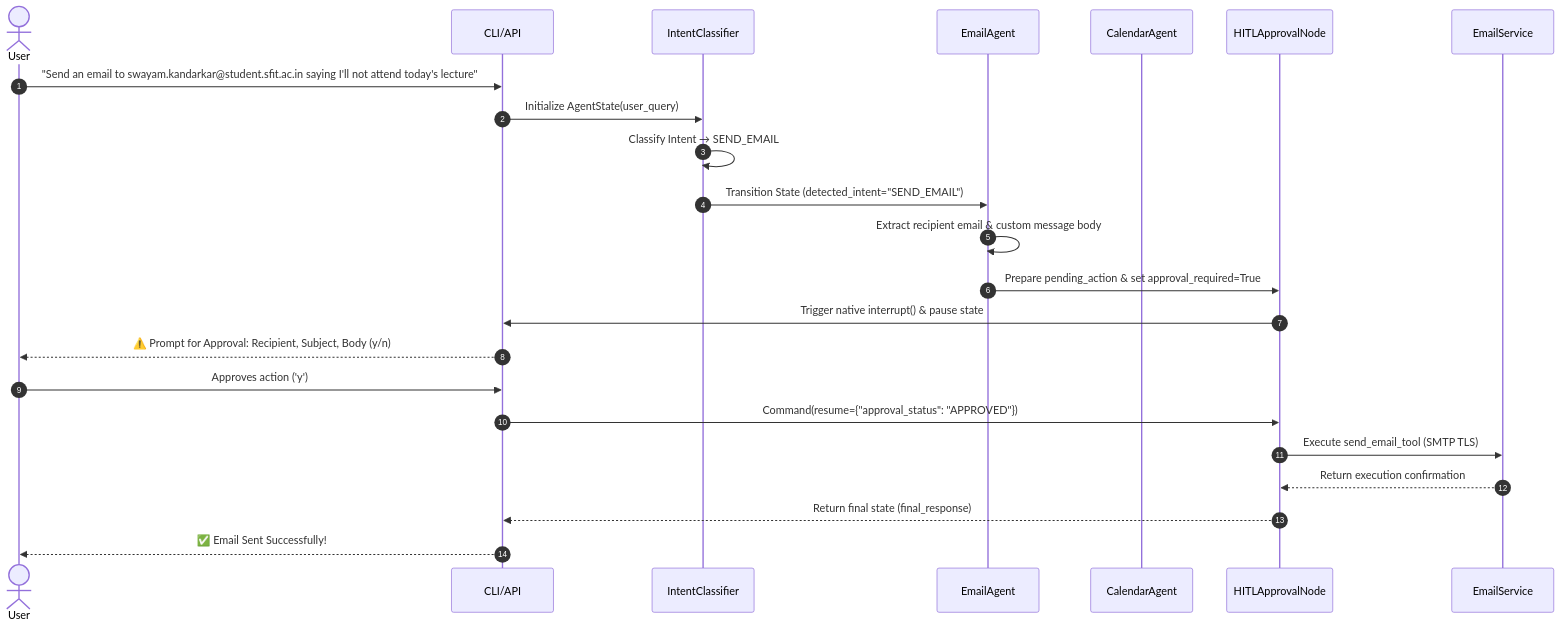
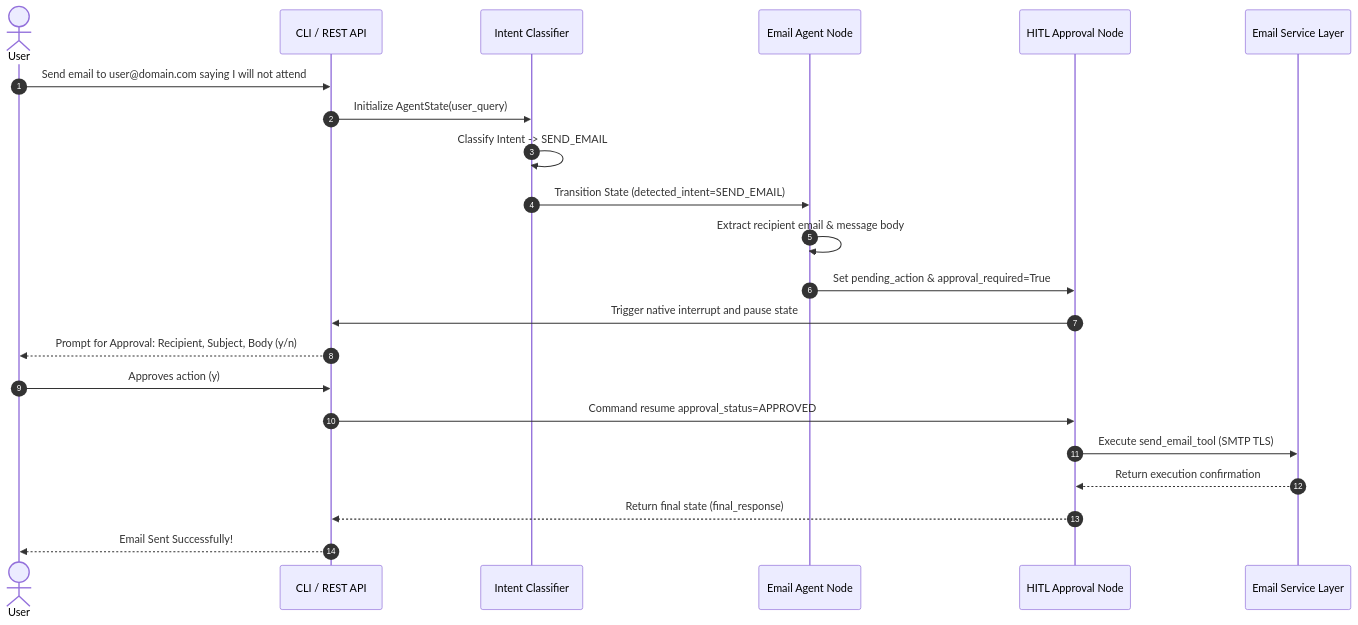
One commit to swayaam03/Email-and-Calendar-Assistant changed the second of 2 diagrams in README.md. Above: the diagram before and after it, drawn with Mermaid. The commit also changed other lines of this file, not shown here.

````diff
--- a/README.md
+++ b/README.md
@@ -56,26 +56,25 @@
 ```mermaid
 sequenceDiagram
     autonumber
     actor User
-    participant CLI/API
-    participant IntentClassifier
-    participant EmailAgent
-    participant CalendarAgent
-    participant HITLApprovalNode
-    participant EmailService
+    participant CLI as CLI / REST API
+    participant IntentClassifier as Intent Classifier
+    participant EmailAgent as Email Agent Node
+    participant HITLNode as HITL Approval Node
+    participant EmailService as Email Service Layer
 
-    User->>CLI/API: "Send an email to swayam.kandarkar@student.sfit.ac.in saying I'll not attend today's lecture"
-    CLI/API->>IntentClassifier: Initialize AgentState(user_query)
-    IntentClassifier->>IntentClassifier: Classify Intent → SEND_EMAIL
-    IntentClassifier->>EmailAgent: Transition State (detected_intent="SEND_EMAIL")
-    EmailAgent->>EmailAgent: Extract recipient email & custom message body
-    EmailAgent->>HITLApprovalNode: Prepare pending_action & set approval_required=True
-    HITLApprovalNode->>CLI/API: Trigger native interrupt() & pause state
-    CLI/API-->>User: ⚠️ Prompt for Approval: Recipient, Subject, Body (y/n)
-    User->>CLI/API: Approves action ('y')
-    CLI/API->>HITLApprovalNode: Command(resume={"approval_status": "APPROVED"})
-    HITLApprovalNode->>EmailService: Execute send_email_tool (SMTP TLS)
-    EmailService-->>HITLApprovalNode: Return execution confirmation
-    HITLApprovalNode-->>CLI/API: Return final state (final_response)
-    CLI/API-->>User: ✅ Email Sent Successfully!
+    User->>CLI: Send email to user@domain.com saying I will not attend
+    CLI->>IntentClassifier: Initialize AgentState(user_query)
+    IntentClassifier->>IntentClassifier: Classify Intent -> SEND_EMAIL
+    IntentClassifier->>EmailAgent: Transition State (detected_intent=SEND_EMAIL)
+    EmailAgent->>EmailAgent: Extract recipient email & message body
+    EmailAgent->>HITLNode: Set pending_action & approval_required=True
+    HITLNode->>CLI: Trigger native interrupt and pause state
+    CLI-->>User: Prompt for Approval: Recipient, Subject, Body (y/n)
+    User->>CLI: Approves action (y)
+    CLI->>HITLNode: Command resume approval_status=APPROVED
+    HITLNode->>EmailService: Execute send_email_tool (SMTP TLS)
+    EmailService-->>HITLNode: Return execution confirmation
+    HITLNode-->>CLI: Return final state (final_response)
+    CLI-->>User: Email Sent Successfully!
 ```
````
